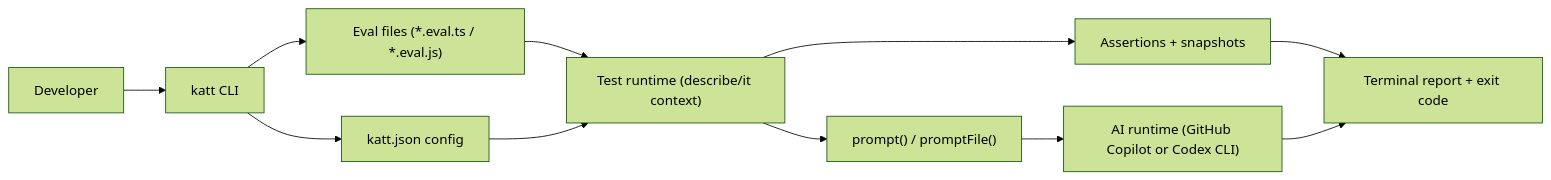
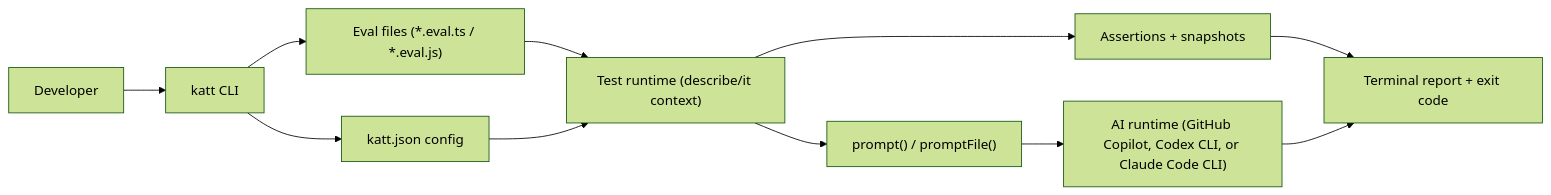
Before and after one commit to raphaelpor/katt: the second of 2 diagrams in README.md, drawn with Mermaid (forest theme). The commit also changed other lines of this file and 12 other files, not shown here.

First line of the commit message:
Add Claude Code runtime support

````diff
--- a/README.md
+++ b/README.md
@@ -230,13 +249,13 @@
 ```mermaid
 flowchart LR
   User["Developer"] --> CLI["katt CLI"]
   CLI --> EvalFiles["Eval files (*.eval.ts / *.eval.js)"]
   CLI --> Config["katt.json config"]
   EvalFiles --> Runtime["Test runtime (describe/it context)"]
   Config --> Runtime
   Runtime --> Assertions["Assertions + snapshots"]
   Runtime --> Prompts["prompt() / promptFile()"]
-  Prompts --> AI["AI runtime (GitHub Copilot or Codex CLI)"]
+  Prompts --> AI["AI runtime (GitHub Copilot, Codex CLI, or Claude Code CLI)"]
   Assertions --> Report["Terminal report + exit code"]
   AI --> Report
 ```
````
